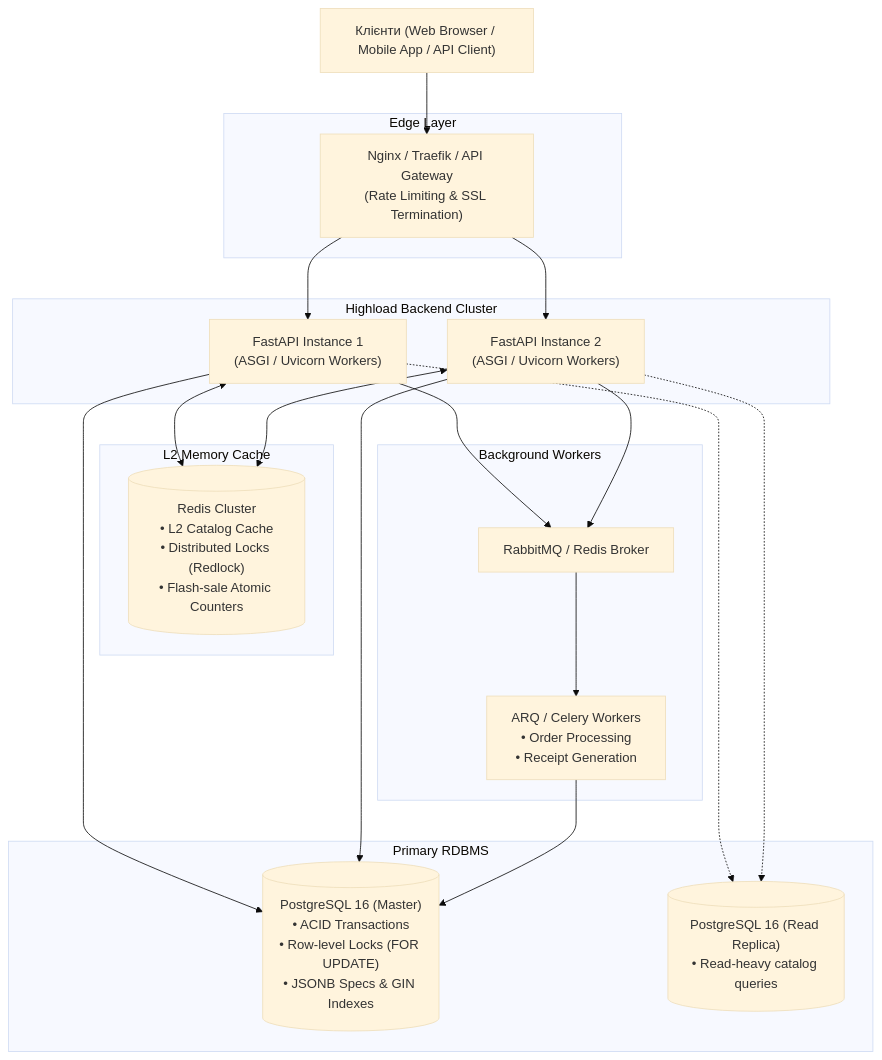
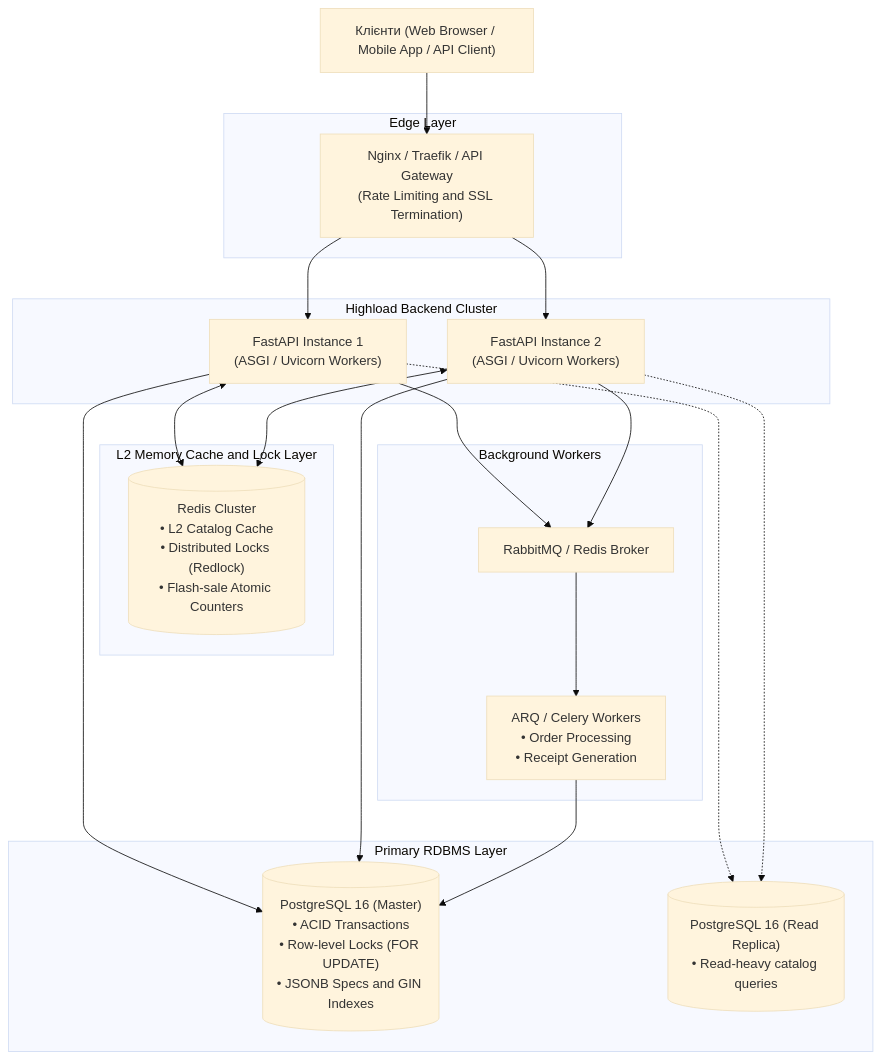
The diagram in docs/architecture.md (kazikSUPER/RuneDrive), drawn with Mermaid (base theme) before and after one commit. The commit also changed other lines of this file, not shown here.

Commit message:
docs: fix mermaid syntax and table formatting in architecture.md

````diff
--- a/docs/architecture.md
+++ b/docs/architecture.md
@@ -17,44 +17,44 @@
 ```mermaid
 flowchart TD
     Client["Клієнти (Web Browser / Mobile App / API Client)"]
 
-    subgraph Edge Layer
-        Gateway["Nginx / Traefik / API Gateway<br>(Rate Limiting & SSL Termination)"]
+    subgraph EdgeLayer ["Edge Layer"]
+        Gateway["Nginx / Traefik / API Gateway<br>(Rate Limiting and SSL Termination)"]
     end
 
-    subgraph Application Cluster [Highload Backend Cluster]
+    subgraph ApplicationCluster ["Highload Backend Cluster"]
         App1["FastAPI Instance 1<br>(ASGI / Uvicorn Workers)"]
         App2["FastAPI Instance 2<br>(ASGI / Uvicorn Workers)"]
     end
 
-    subgraph Caching & Lock Layer [L2 Memory Cache]
+    subgraph CachingLockLayer ["L2 Memory Cache and Lock Layer"]
         Redis[("Redis Cluster<br>• L2 Catalog Cache<br>• Distributed Locks (Redlock)<br>• Flash-sale Atomic Counters")]
     end
 
-    subgraph Persistence Layer [Primary RDBMS]
-        PG_Master[("PostgreSQL 16 (Master)<br>• ACID Transactions<br>• Row-level Locks (FOR UPDATE)<br>• JSONB Specs & GIN Indexes")]
+    subgraph PersistenceLayer ["Primary RDBMS Layer"]
+        PG_Master[("PostgreSQL 16 (Master)<br>• ACID Transactions<br>• Row-level Locks (FOR UPDATE)<br>• JSONB Specs and GIN Indexes")]
         PG_Replica[("PostgreSQL 16 (Read Replica)<br>• Read-heavy catalog queries")]
     end
 
-    subgraph Async Processing [Background Workers]
+    subgraph AsyncProcessing ["Background Workers"]
         Queue["RabbitMQ / Redis Broker"]
         Workers["ARQ / Celery Workers<br>• Order Processing<br>• Receipt Generation"]
     end
 
     Client --> Gateway
     Gateway --> App1
     Gateway --> App2
 
     App1 <--> Redis
     App2 <--> Redis
 
     App1 --> PG_Master
     App2 --> PG_Master
     App1 -.-> PG_Replica
     App2 -.-> PG_Replica
 
     App1 --> Queue
     App2 --> Queue
     Queue --> Workers
     Workers --> PG_Master
 ```
````
